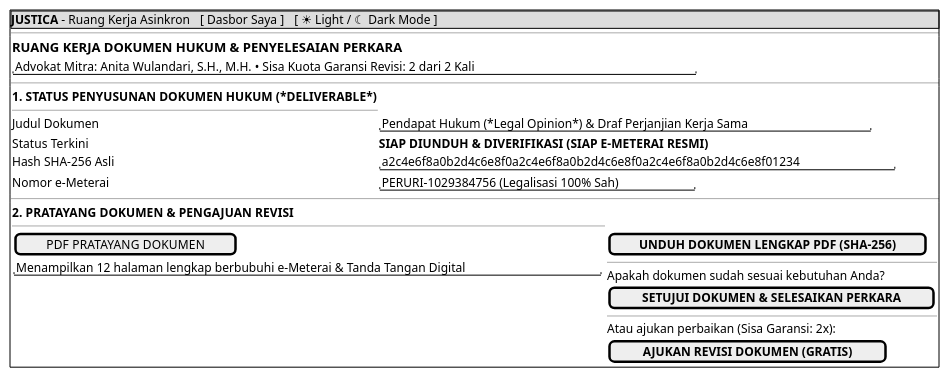
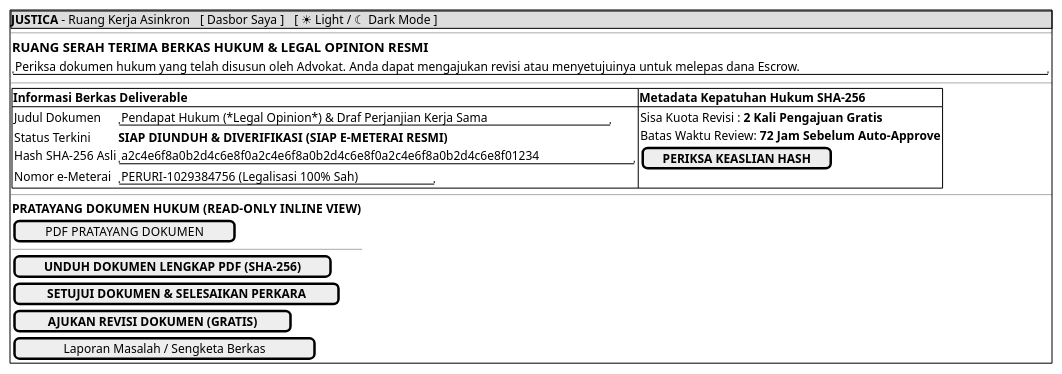
One commit to tupperwureism/SuperApp-Gagal changed the diagram in JustifiqaMockups/mockup_ori/MOCK-J-CL-06_Ruang_Asinkron_Deliverable.md. Above: the diagram before and after it, drawn with PlantUML. The commit also changed other lines of this file and 11 other files, not shown here.

````diff
--- a/JustifiqaMockups/mockup_ori/MOCK-J-CL-06_Ruang_Asinkron_Deliverable.md
+++ b/JustifiqaMockups/mockup_ori/MOCK-J-CL-06_Ruang_Asinkron_Deliverable.md
@@ -17,38 +17,38 @@
 ```plantuml
 @startsalt
 {+
   {* <b>JUSTICA</b> - Ruang Kerja Asinkron | [ Dasbor Saya ] | [ ☀ Light / ☾ Dark Mode ] }
   --
   {
-    === RUANG KERJA DOKUMEN HUKUM & PENYELESAIAN PERKARA
-    "Advokat Mitra: Anita Wulandari, S.H., M.H. • Sisa Kuota Garansi Revisi: 2 dari 2 Kali"
+    === RUANG SERAH TERIMA BERKAS HUKUM & LEGAL OPINION RESMI
+    "Periksa dokumen hukum yang telah disusun oleh Advokat. Anda dapat mengajukan revisi atau menyetujuinya untuk melepas dana Escrow."
   }
   --
   {
-    <b>1. STATUS PENYUSUNAN DOKUMEN HUKUM (*DELIVERABLE*)</b>
-    --
-    Judul Dokumen     | "Pendapat Hukum (*Legal Opinion*) & Draf Perjanjian Kerja Sama"
-    Status Terkini    | <b>SIAP DIUNDUH & DIVERIFIKASI (SIAP E-METERAI RESMI)</b>
-    Hash SHA-256 Asli | "a2c4e6f8a0b2d4c6e8f0a2c4e6f8a0b2d4c6e8f0a2c4e6f8a0b2d4c6e8f01234"
-    Nomor e-Meterai   | "PERURI-1029384756 (Legalisasi 100% Sah)"
+    {#
+      <b>Informasi Berkas Deliverable</b> | <b>Metadata Kepatuhan Hukum SHA-256</b>
+      {
+        Judul Dokumen     | "Pendapat Hukum (*Legal Opinion*) & Draf Perjanjian Kerja Sama"
+        Status Terkini    | <b>SIAP DIUNDUH & DIVERIFIKASI (SIAP E-METERAI RESMI)</b>
+        Hash SHA-256 Asli | "a2c4e6f8a0b2d4c6e8f0a2c4e6f8a0b2d4c6e8f0a2c4e6f8a0b2d4c6e8f01234"
+        Nomor e-Meterai   | "PERURI-1029384756 (Legalisasi 100% Sah)"
+      } | {
+        Sisa Kuota Revisi : <b>2 Kali Pengajuan Gratis</b>
+        Batas Waktu Review: <b>72 Jam Sebelum Auto-Approve</b>
+        [ <b>PERIKSA KEASLIAN HASH</b> ]
+      }
+    }
   }
   --
   {
-    <b>2. PRATAYANG DOKUMEN & PENGAJUAN REVISI</b>
+    <b>PRATAYANG DOKUMEN HUKUM (READ-ONLY INLINE VIEW)</b>
+    [   PDF PRATAYANG DOKUMEN   ]
     --
-    {
-      [   PDF PRATAYANG DOKUMEN   ]
-      "Menampilkan 12 halaman lengkap berbubuhi e-Meterai & Tanda Tangan Digital"
-    } | {
-      [  <b>UNDUH DOKUMEN LENGKAP PDF (SHA-256)</b>  ]
-      --
-      Apakah dokumen sudah sesuai kebutuhan Anda?
-      [  <b>SETUJUI DOKUMEN & SELESAIKAN PERKARA</b>  ]
-      --
-      Atau ajukan perbaikan (Sisa Garansi: 2x):
-      [  <b>AJUKAN REVISI DOKUMEN (GRATIS)</b>  ]
-    }
+    [  <b>UNDUH DOKUMEN LENGKAP PDF (SHA-256)</b>  ]
+    [  <b>SETUJUI DOKUMEN & SELESAIKAN PERKARA</b>  ]
+    [  <b>AJUKAN REVISI DOKUMEN (GRATIS)</b>  ]
+    [  Laporan Masalah / Sengketa Berkas  ]
   }
 }
 @endsalt
 ```
````
